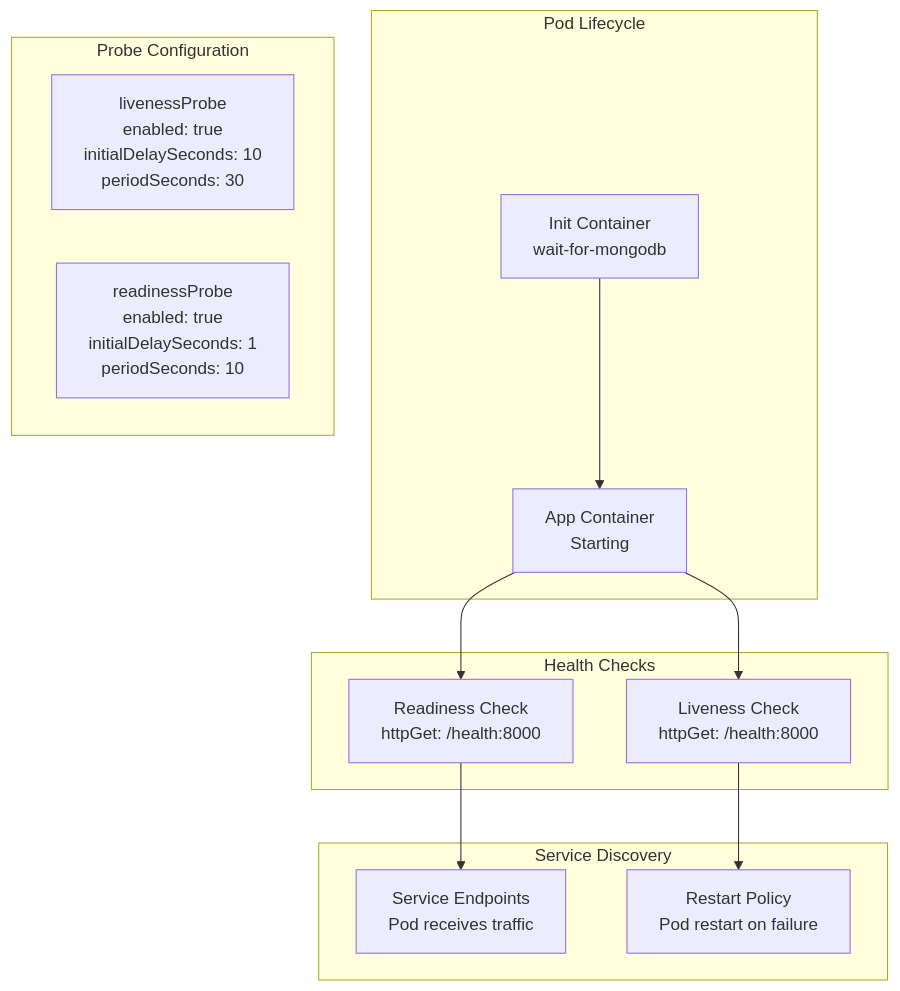
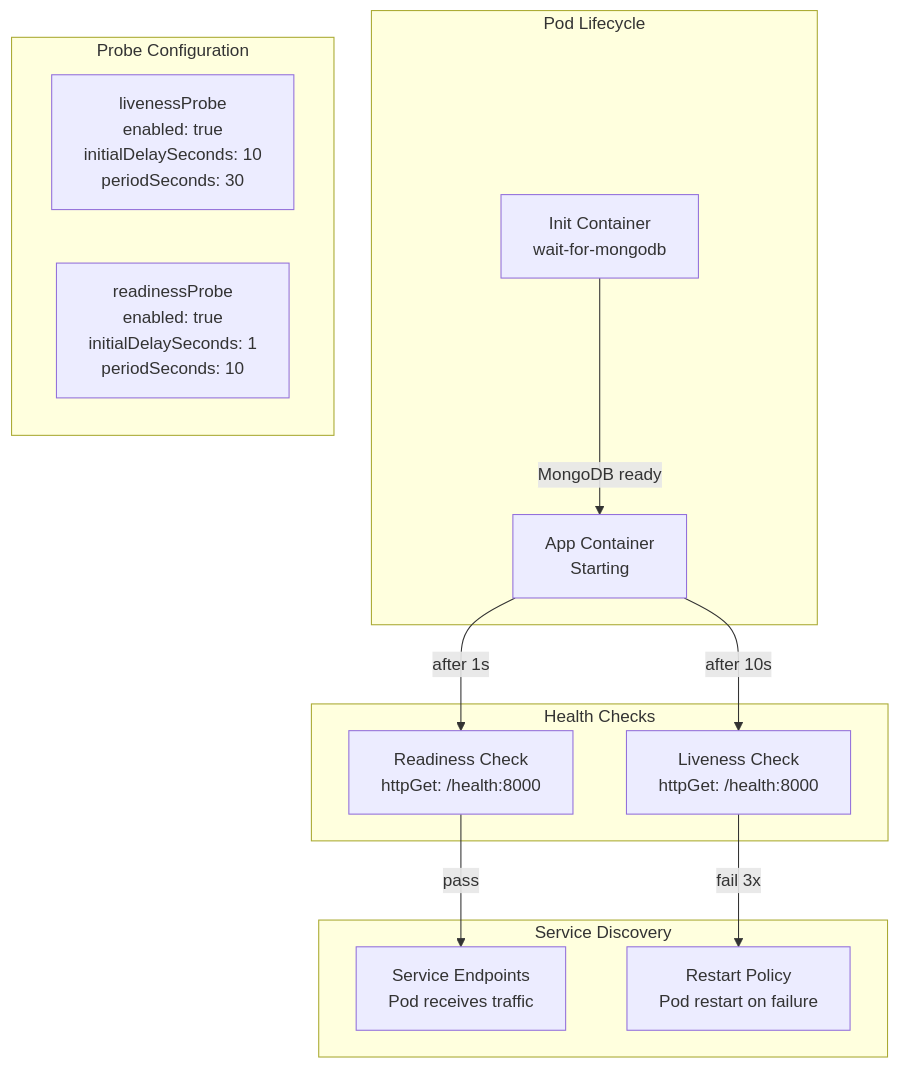
One commit to openchoreo/openchoreo changed the sixth of 6 diagrams in docs/hyperdxio-helm-charts-docs/HyperDX-Application-Configuration.md. Above: the diagram before and after it, drawn with Mermaid. The commit also changed other lines of this file and 85 other files, not shown here.

Commit message:
feat: Add new workflow and specification templates, update Helm chart dependencies, and clarify documentation diagrams.

````diff
--- a/docs/hyperdxio-helm-charts-docs/HyperDX-Application-Configuration.md
+++ b/docs/hyperdxio-helm-charts-docs/HyperDX-Application-Configuration.md
@@ -561,38 +561,38 @@
 ```mermaid
 flowchart TD
 
 LivenessConfig["livenessProbe<br>enabled: true<br>initialDelaySeconds: 10<br>periodSeconds: 30"]
 ReadinessConfig["readinessProbe<br>enabled: true<br>initialDelaySeconds: 1<br>periodSeconds: 10"]
 InitContainer["Init Container<br>wait-for-mongodb"]
 AppContainer["App Container<br>Starting"]
 ReadinessCheck["Readiness Check<br>httpGet: /health:8000"]
 LivenessCheck["Liveness Check<br>httpGet: /health:8000"]
 ReadyEndpoints["Service Endpoints<br>Pod receives traffic"]
 RestartPolicy["Restart Policy<br>Pod restart on failure"]
 
-AppContainer --> ReadinessCheck
-AppContainer --> LivenessCheck
-ReadinessCheck --> ReadyEndpoints
-LivenessCheck --> RestartPolicy
+AppContainer -->|"after 1s"| ReadinessCheck
+AppContainer -->|"after 10s"| LivenessCheck
+ReadinessCheck -->|"pass"| ReadyEndpoints
+LivenessCheck -->|"fail 3x"| RestartPolicy
 
 subgraph subGraph3 ["Service Discovery"]
     ReadyEndpoints
     RestartPolicy
 end
 
 subgraph subGraph2 ["Health Checks"]
     ReadinessCheck
     LivenessCheck
 end
 
 subgraph subGraph1 ["Pod Lifecycle"]
     InitContainer
     AppContainer
-    InitContainer --> AppContainer
+    InitContainer -->|"MongoDB ready"| AppContainer
 end
 
 subgraph subGraph0 ["Probe Configuration"]
     LivenessConfig
     ReadinessConfig
 end
 ```
````
